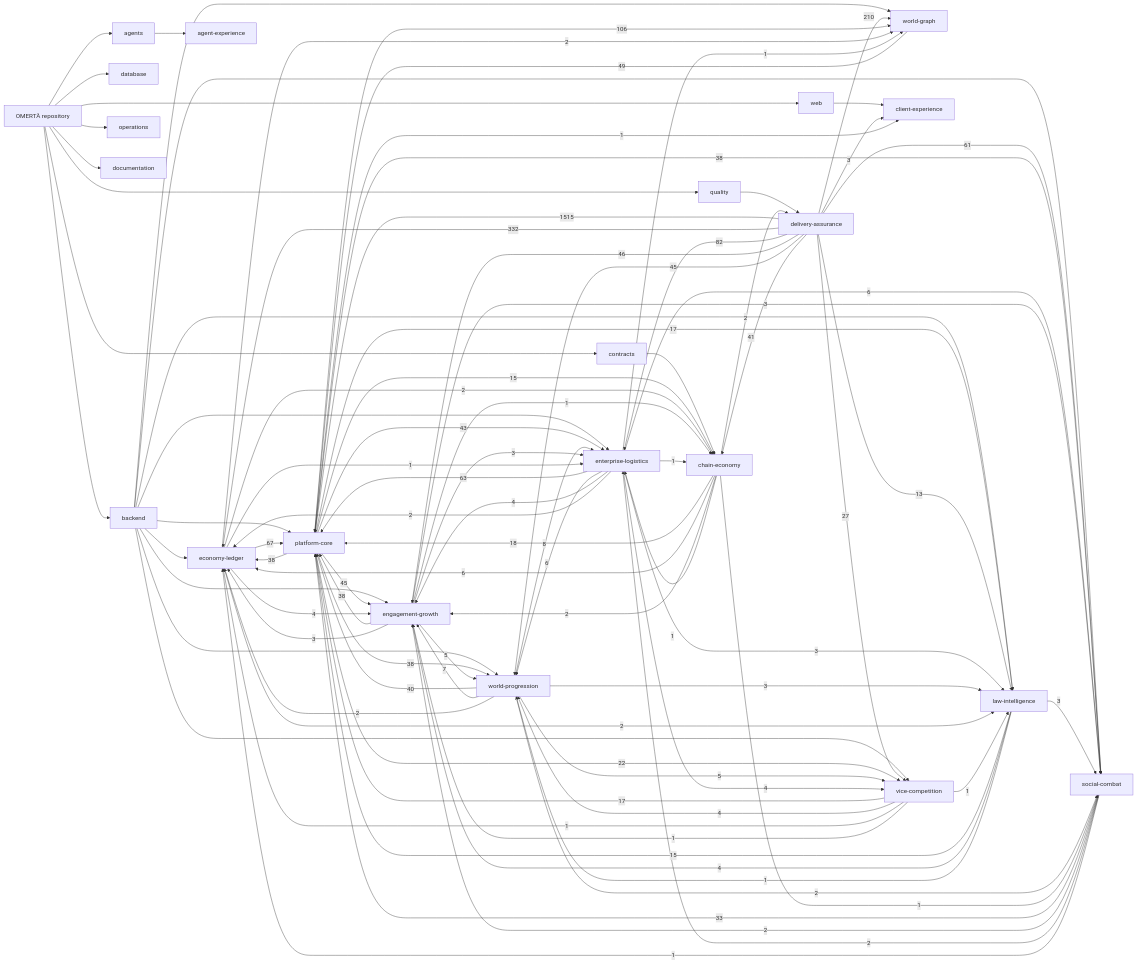
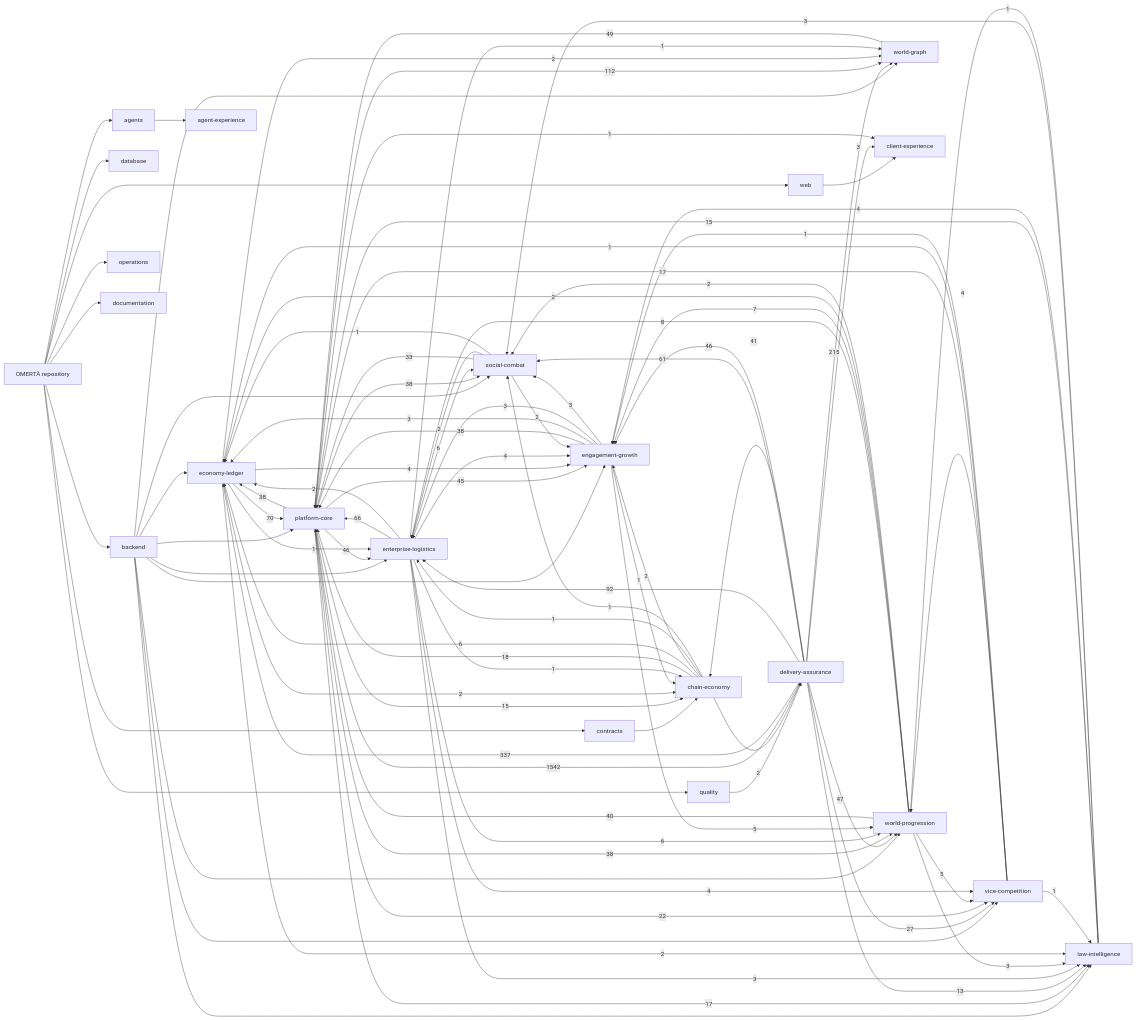
The diagram in knowledge/generated/graph.mmd (OmertaDev/Omerta), drawn with Mermaid before and after one commit. The commit also changed 8 other files, not shown here.

```diff
--- a/knowledge/generated/graph.mmd
+++ b/knowledge/generated/graph.mmd
@@ -1,113 +1,113 @@
 flowchart LR
   repo["OMERTÀ repository"]
   sub_backend["backend"]
   repo --> sub_backend
   sub_database["database"]
   repo --> sub_database
   sub_web["web"]
   repo --> sub_web
   sub_contracts["contracts"]
   repo --> sub_contracts
   sub_agents["agents"]
   repo --> sub_agents
   sub_quality["quality"]
   repo --> sub_quality
   sub_operations["operations"]
   repo --> sub_operations
   sub_documentation["documentation"]
   repo --> sub_documentation
   dom_platform-core["platform-core"]
   dom_economy-ledger["economy-ledger"]
   dom_social-combat["social-combat"]
   dom_world-progression["world-progression"]
   dom_world-graph["world-graph"]
   dom_enterprise-logistics["enterprise-logistics"]
   dom_vice-competition["vice-competition"]
   dom_law-intelligence["law-intelligence"]
   dom_chain-economy["chain-economy"]
   dom_engagement-growth["engagement-growth"]
   dom_client-experience["client-experience"]
   dom_agent-experience["agent-experience"]
   dom_delivery-assurance["delivery-assurance"]
   sub_agents --> dom_agent-experience
   sub_backend --> dom_economy-ledger
   sub_backend --> dom_engagement-growth
   sub_backend --> dom_enterprise-logistics
   sub_backend --> dom_law-intelligence
   sub_backend --> dom_platform-core
   sub_backend --> dom_social-combat
   sub_backend --> dom_vice-competition
   sub_backend --> dom_world-graph
   sub_backend --> dom_world-progression
   sub_contracts --> dom_chain-economy
   sub_quality --> dom_delivery-assurance
   sub_web --> dom_client-experience
-  dom_delivery-assurance -->|1515| dom_platform-core
-  dom_delivery-assurance -->|332| dom_economy-ledger
-  dom_delivery-assurance -->|210| dom_world-graph
-  dom_platform-core -->|106| dom_world-graph
-  dom_delivery-assurance -->|82| dom_enterprise-logistics
-  dom_economy-ledger -->|67| dom_platform-core
-  dom_enterprise-logistics -->|63| dom_platform-core
+  dom_delivery-assurance -->|1542| dom_platform-core
+  dom_delivery-assurance -->|337| dom_economy-ledger
+  dom_delivery-assurance -->|215| dom_world-graph
+  dom_platform-core -->|112| dom_world-graph
+  dom_delivery-assurance -->|92| dom_enterprise-logistics
+  dom_economy-ledger -->|70| dom_platform-core
+  dom_enterprise-logistics -->|66| dom_platform-core
   dom_delivery-assurance -->|61| dom_social-combat
   dom_world-graph -->|49| dom_platform-core
+  dom_delivery-assurance -->|47| dom_world-progression
   dom_delivery-assurance -->|46| dom_engagement-growth
-  dom_delivery-assurance -->|45| dom_world-progression
+  dom_platform-core -->|46| dom_enterprise-logistics
   dom_platform-core -->|45| dom_engagement-growth
-  dom_platform-core -->|43| dom_enterprise-logistics
   dom_delivery-assurance -->|41| dom_chain-economy
   dom_world-progression -->|40| dom_platform-core
   dom_engagement-growth -->|38| dom_platform-core
   dom_platform-core -->|38| dom_economy-ledger
   dom_platform-core -->|38| dom_social-combat
   dom_platform-core -->|38| dom_world-progression
   dom_social-combat -->|33| dom_platform-core
   dom_delivery-assurance -->|27| dom_vice-competition
   dom_platform-core -->|22| dom_vice-competition
   dom_chain-economy -->|18| dom_platform-core
   dom_platform-core -->|17| dom_law-intelligence
   dom_vice-competition -->|17| dom_platform-core
   dom_law-intelligence -->|15| dom_platform-core
   dom_platform-core -->|15| dom_chain-economy
   dom_delivery-assurance -->|13| dom_law-intelligence
   dom_world-progression -->|8| dom_enterprise-logistics
   dom_world-progression -->|7| dom_engagement-growth
   dom_chain-economy -->|6| dom_economy-ledger
   dom_enterprise-logistics -->|6| dom_social-combat
   dom_enterprise-logistics -->|6| dom_world-progression
   dom_engagement-growth -->|5| dom_world-progression
   dom_world-progression -->|5| dom_vice-competition
   dom_economy-ledger -->|4| dom_engagement-growth
   dom_enterprise-logistics -->|4| dom_engagement-growth
   dom_enterprise-logistics -->|4| dom_vice-competition
   dom_law-intelligence -->|4| dom_engagement-growth
   dom_vice-competition -->|4| dom_world-progression
   dom_delivery-assurance -->|3| dom_client-experience
   dom_engagement-growth -->|3| dom_economy-ledger
   dom_engagement-growth -->|3| dom_enterprise-logistics
   dom_engagement-growth -->|3| dom_social-combat
   dom_enterprise-logistics -->|3| dom_law-intelligence
   dom_law-intelligence -->|3| dom_social-combat
   dom_world-progression -->|3| dom_law-intelligence
   dom_chain-economy -->|2| dom_delivery-assurance
   dom_chain-economy -->|2| dom_engagement-growth
   dom_economy-ledger -->|2| dom_chain-economy
   dom_economy-ledger -->|2| dom_law-intelligence
   dom_economy-ledger -->|2| dom_world-graph
   dom_enterprise-logistics -->|2| dom_economy-ledger
   dom_social-combat -->|2| dom_engagement-growth
   dom_social-combat -->|2| dom_enterprise-logistics
   dom_world-progression -->|2| dom_economy-ledger
   dom_world-progression -->|2| dom_social-combat
   dom_chain-economy -->|1| dom_enterprise-logistics
   dom_chain-economy -->|1| dom_social-combat
   dom_economy-ledger -->|1| dom_enterprise-logistics
   dom_engagement-growth -->|1| dom_chain-economy
   dom_enterprise-logistics -->|1| dom_chain-economy
   dom_enterprise-logistics -->|1| dom_world-graph
   dom_law-intelligence -->|1| dom_world-progression
   dom_platform-core -->|1| dom_client-experience
   dom_social-combat -->|1| dom_economy-ledger
   dom_vice-competition -->|1| dom_economy-ledger
   dom_vice-competition -->|1| dom_engagement-growth
   dom_vice-competition -->|1| dom_law-intelligence
```
